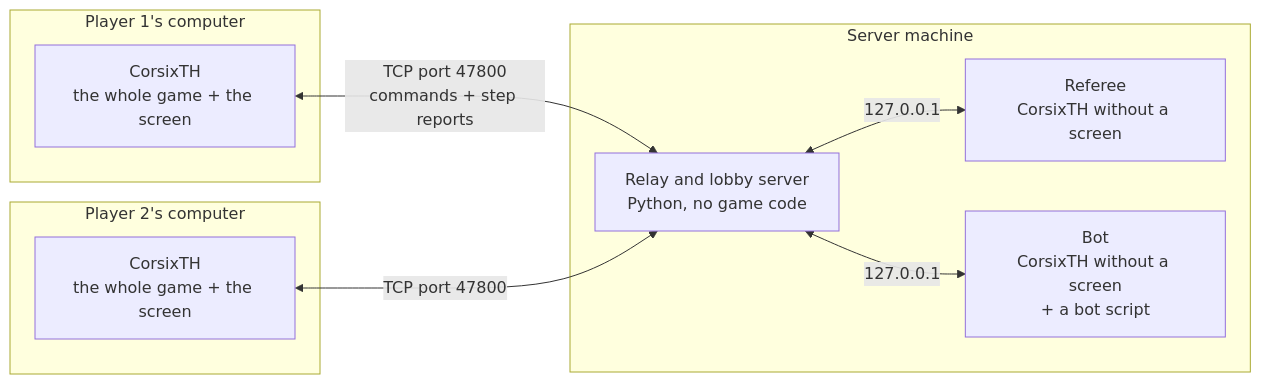
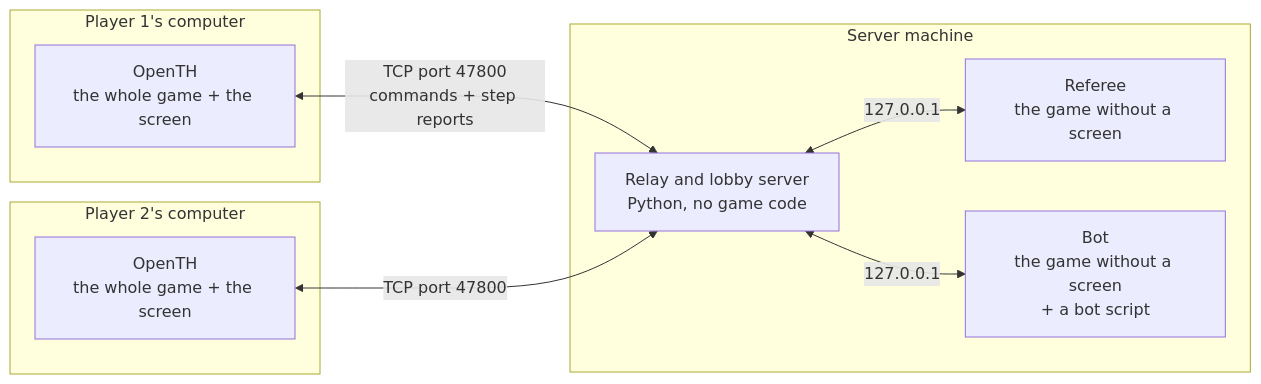
Before and after one commit to lbakyl/CorsixTH-Multiplayer: the first of 6 diagrams in docs/multiplayer/HOW-IT-WORKS.md, drawn with Mermaid. The commit also changed other lines of this file and 8 other files, not shown here.

First line of the commit message:
Docs: OpenTH instead of CorsixTH Multiplayer

````diff
--- a/docs/multiplayer/HOW-IT-WORKS.md
+++ b/docs/multiplayer/HOW-IT-WORKS.md
@@ -31,18 +31,18 @@
 ```mermaid
 flowchart LR
   subgraph PC1["Player 1's computer"]
-    G1["CorsixTH<br/>the whole game + the screen"]
+    G1["OpenTH<br/>the whole game + the screen"]
   end
   subgraph PC2["Player 2's computer"]
-    G2["CorsixTH<br/>the whole game + the screen"]
+    G2["OpenTH<br/>the whole game + the screen"]
   end
   subgraph SRV["Server machine"]
     S["Relay and lobby server<br/>Python, no game code"]
-    R["Referee<br/>CorsixTH without a screen"]
-    B["Bot<br/>CorsixTH without a screen<br/>+ a bot script"]
+    R["Referee<br/>the game without a screen"]
+    B["Bot<br/>the game without a screen<br/>+ a bot script"]
   end
   G1 <-->|"TCP port 47800<br/>commands + step reports"| S
   G2 <-->|"TCP port 47800"| S
   S <-->|"127.0.0.1"| R
   S <-->|"127.0.0.1"| B
 ```
````
